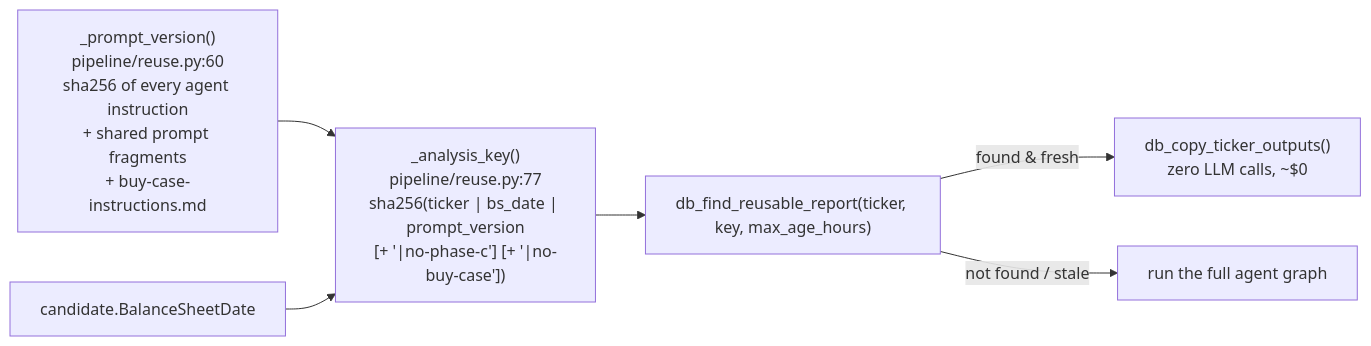
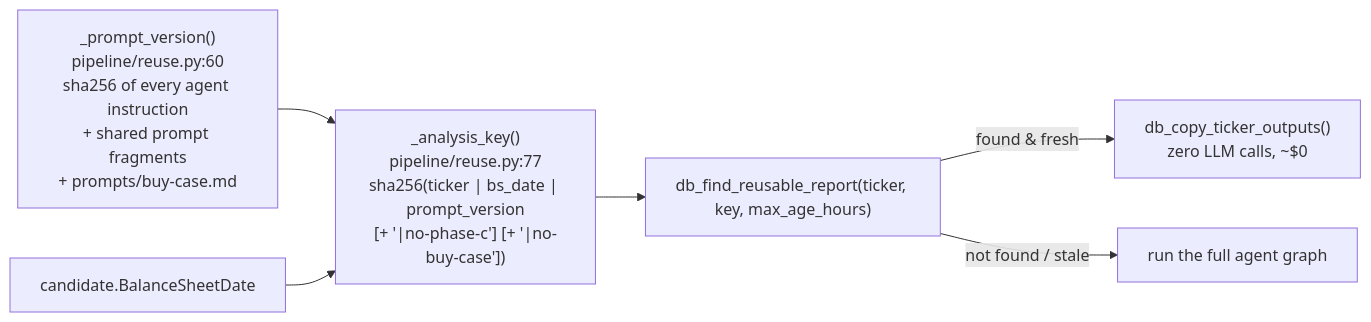
Before and after one commit to sun4github/magic-stock-picker: the second of 3 diagrams in docs/05-guardrails-cost-and-reuse.md, drawn with Mermaid. The commit also changed other lines of this file and 12 other files, not shown here.

First line of the commit message:
Teach the analyst to weigh contracted cash flows, and document the critic swap

````diff
--- a/docs/05-guardrails-cost-and-reuse.md
+++ b/docs/05-guardrails-cost-and-reuse.md
@@ -168,8 +168,8 @@
 ```mermaid
 flowchart LR
-    T["_prompt_version()\npipeline/reuse.py:60\nsha256 of every agent instruction\n+ shared prompt fragments\n+ buy-case-instructions.md"] --> K
+    T["_prompt_version()\npipeline/reuse.py:60\nsha256 of every agent instruction\n+ shared prompt fragments\n+ prompts/buy-case.md"] --> K
     B["candidate.BalanceSheetDate"] --> K["_analysis_key()\npipeline/reuse.py:77\nsha256(ticker | bs_date | prompt_version\n[+ '|no-phase-c'] [+ '|no-buy-case'])"]
     K --> Lookup["db_find_reusable_report(ticker, key, max_age_hours)"]
     Lookup -->|found & fresh| Copy["db_copy_ticker_outputs()\nzero LLM calls, ~$0"]
     Lookup -->|not found / stale| Fresh["run the full agent graph"]
 ```
````
